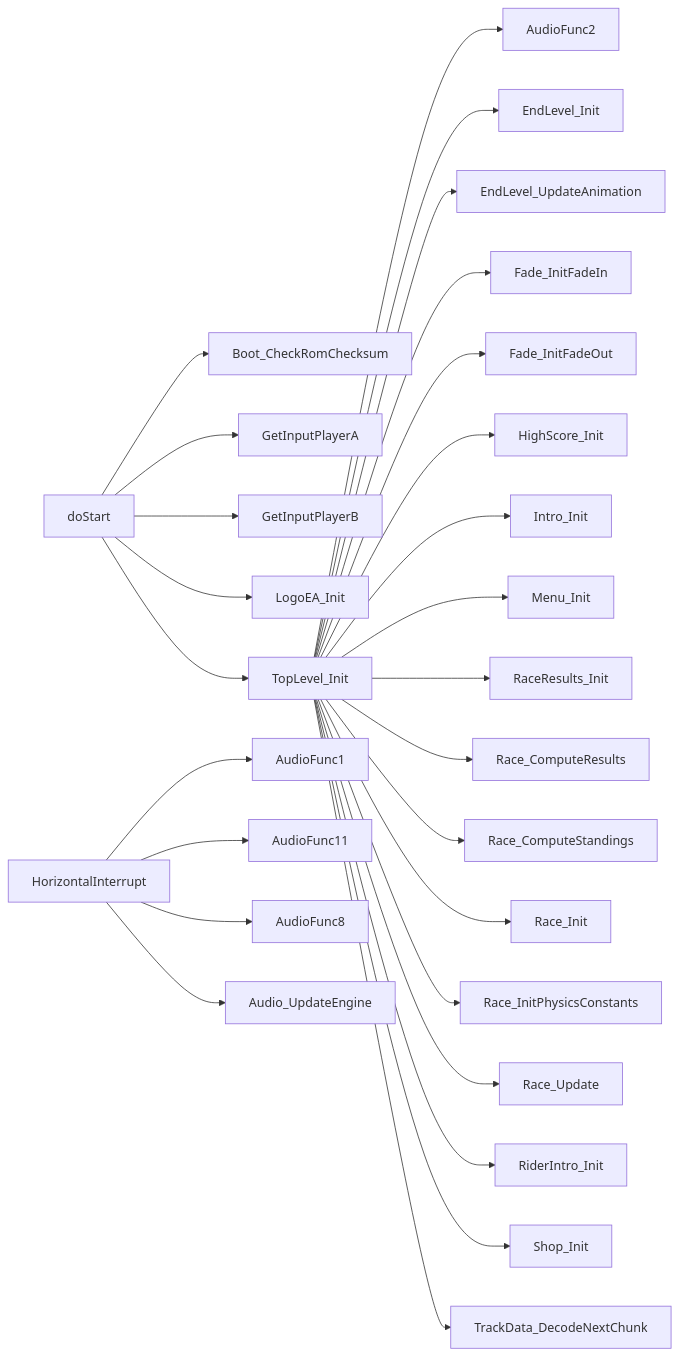
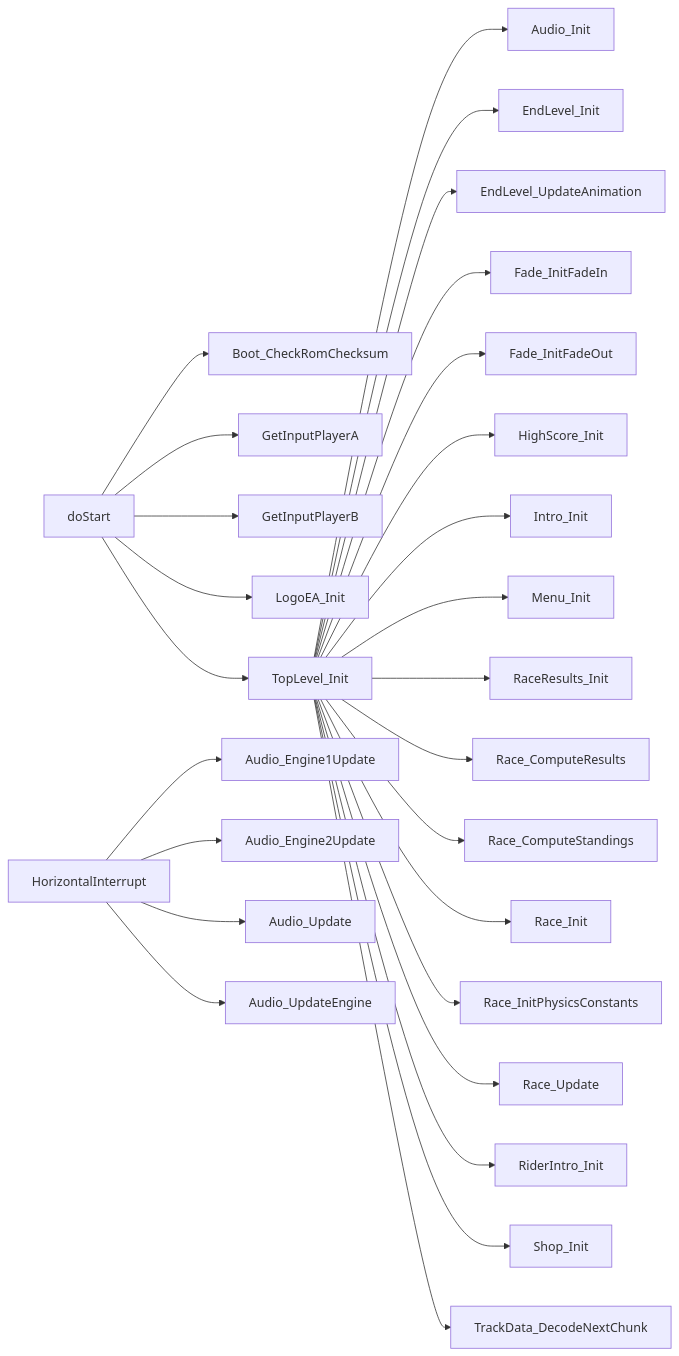
Before and after one commit to Unnunu/roadrashdisasm: the diagram in docs/callgraph.md, drawn with Mermaid. The commit also changed other lines of this file and 36 other files, not shown here.

Commit message:
audio: rename confirmed AudioFunc1..14

````diff
--- a/docs/callgraph.md
+++ b/docs/callgraph.md
@@ -19,32 +19,32 @@
 ```mermaid
 flowchart LR
     doStart["doStart"]
     doStart["doStart"] --> Boot_CheckRomChecksum["Boot_CheckRomChecksum"]
     doStart["doStart"] --> GetInputPlayerA["GetInputPlayerA"]
     doStart["doStart"] --> GetInputPlayerB["GetInputPlayerB"]
     doStart["doStart"] --> LogoEA_Init["LogoEA_Init"]
     doStart["doStart"] --> TopLevel_Init["TopLevel_Init"]
     TopLevel_Init["TopLevel_Init"]
-    TopLevel_Init["TopLevel_Init"] --> AudioFunc2["AudioFunc2"]
+    TopLevel_Init["TopLevel_Init"] --> Audio_Init["Audio_Init"]
     TopLevel_Init["TopLevel_Init"] --> EndLevel_Init["EndLevel_Init"]
     TopLevel_Init["TopLevel_Init"] --> EndLevel_UpdateAnimation["EndLevel_UpdateAnimation"]
     TopLevel_Init["TopLevel_Init"] --> Fade_InitFadeIn["Fade_InitFadeIn"]
     TopLevel_Init["TopLevel_Init"] --> Fade_InitFadeOut["Fade_InitFadeOut"]
     TopLevel_Init["TopLevel_Init"] --> HighScore_Init["HighScore_Init"]
     TopLevel_Init["TopLevel_Init"] --> Intro_Init["Intro_Init"]
     TopLevel_Init["TopLevel_Init"] --> Menu_Init["Menu_Init"]
     TopLevel_Init["TopLevel_Init"] --> RaceResults_Init["RaceResults_Init"]
     TopLevel_Init["TopLevel_Init"] --> Race_ComputeResults["Race_ComputeResults"]
     TopLevel_Init["TopLevel_Init"] --> Race_ComputeStandings["Race_ComputeStandings"]
     TopLevel_Init["TopLevel_Init"] --> Race_Init["Race_Init"]
     TopLevel_Init["TopLevel_Init"] --> Race_InitPhysicsConstants["Race_InitPhysicsConstants"]
     TopLevel_Init["TopLevel_Init"] --> Race_Update["Race_Update"]
     TopLevel_Init["TopLevel_Init"] --> RiderIntro_Init["RiderIntro_Init"]
     TopLevel_Init["TopLevel_Init"] --> Shop_Init["Shop_Init"]
     TopLevel_Init["TopLevel_Init"] --> TrackData_DecodeNextChunk["TrackData_DecodeNextChunk"]
     HorizontalInterrupt["HorizontalInterrupt"]
-    HorizontalInterrupt["HorizontalInterrupt"] --> AudioFunc1["AudioFunc1"]
-    HorizontalInterrupt["HorizontalInterrupt"] --> AudioFunc11["AudioFunc11"]
-    HorizontalInterrupt["HorizontalInterrupt"] --> AudioFunc8["AudioFunc8"]
+    HorizontalInterrupt["HorizontalInterrupt"] --> Audio_Engine1Update["Audio_Engine1Update"]
+    HorizontalInterrupt["HorizontalInterrupt"] --> Audio_Engine2Update["Audio_Engine2Update"]
+    HorizontalInterrupt["HorizontalInterrupt"] --> Audio_Update["Audio_Update"]
     HorizontalInterrupt["HorizontalInterrupt"] --> Audio_UpdateEngine["Audio_UpdateEngine"]
 ```
````
